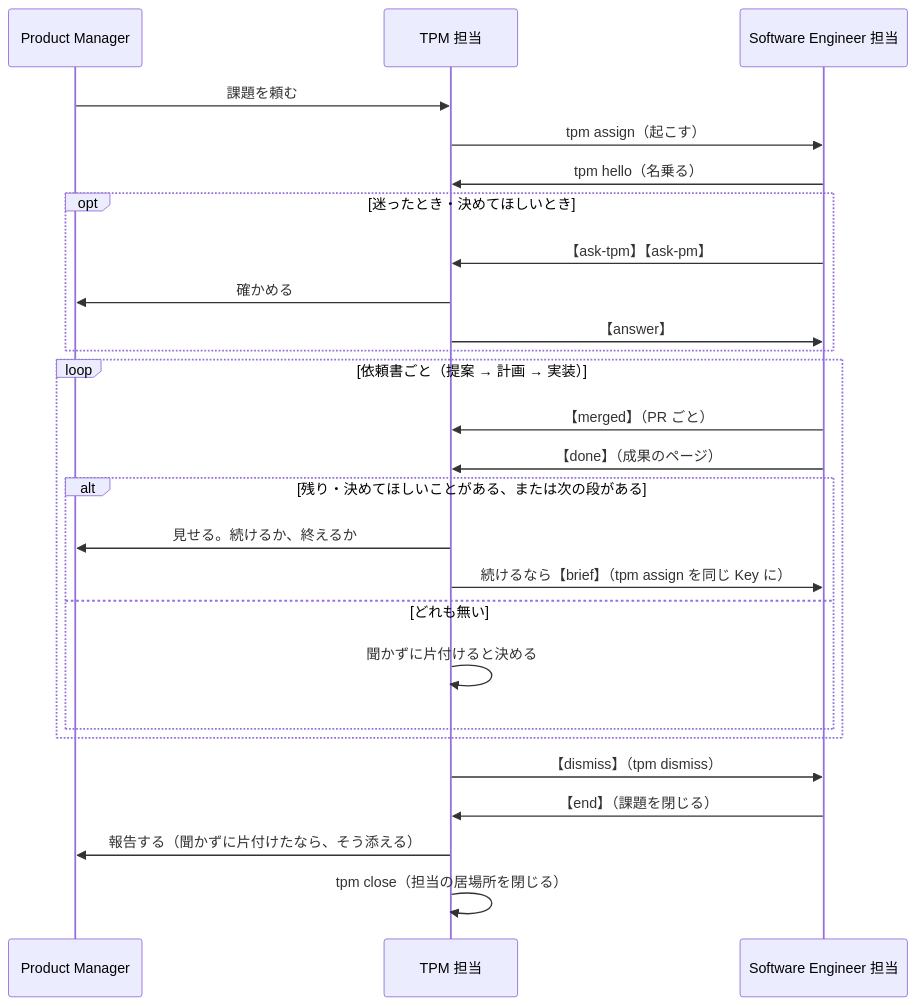
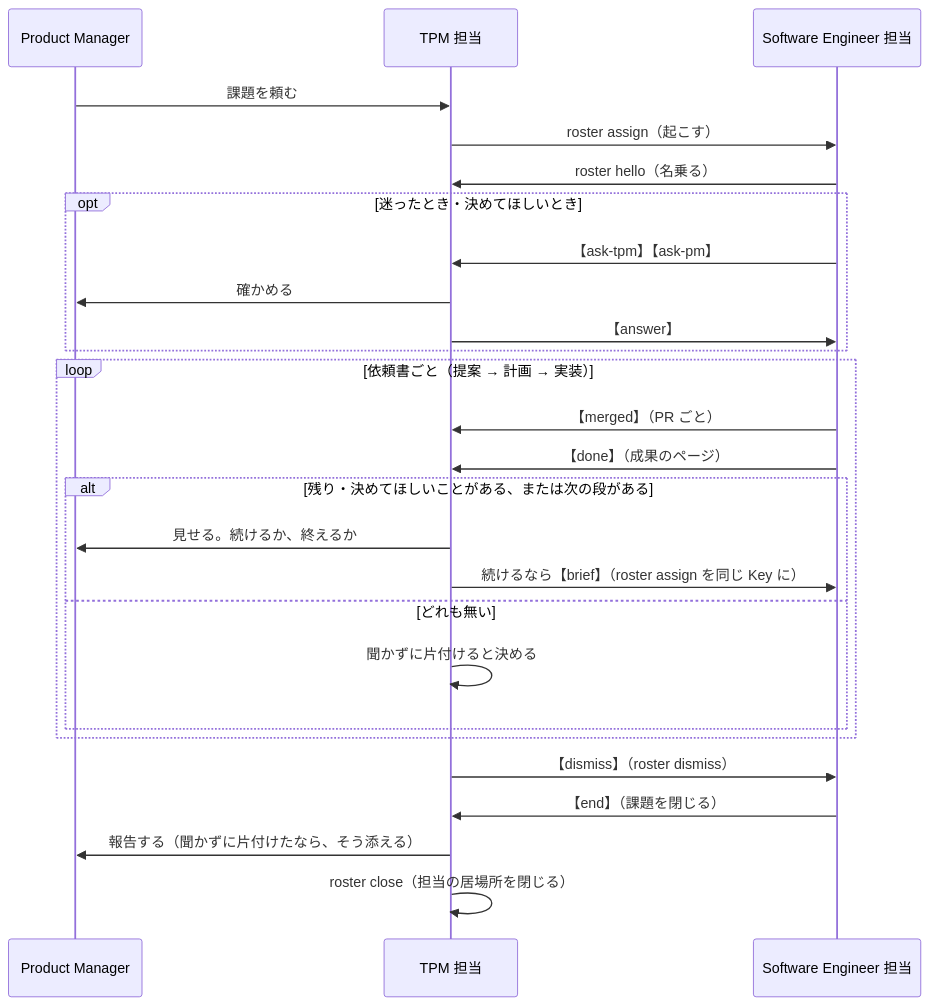
Before and after one commit to uraitakahito/roster: the second of 3 diagrams in docs-site/src/content/docs/protocol.md, drawn with Mermaid. The commit also changed other lines of this file and 110 other files, not shown here.

First line of the commit message:
feat: 道具の名を tpm から roster に替える（t-v28j）

````diff
--- a/docs-site/src/content/docs/protocol.md
+++ b/docs-site/src/content/docs/protocol.md
@@ -176,28 +176,28 @@
 ```mermaid
 sequenceDiagram
   participant PM as Product Manager
   participant TPM as TPM 担当
   participant SE as Software Engineer 担当
   PM->>TPM: 課題を頼む
-  TPM->>SE: tpm assign（起こす）
-  SE->>TPM: tpm hello（名乗る）
+  TPM->>SE: roster assign（起こす）
+  SE->>TPM: roster hello（名乗る）
   opt 迷ったとき・決めてほしいとき
     SE->>TPM: 【ask-tpm】【ask-pm】
     TPM->>PM: 確かめる
     TPM->>SE: 【answer】
   end
   loop 依頼書ごと（提案 → 計画 → 実装）
     SE->>TPM: 【merged】（PR ごと）
     SE->>TPM: 【done】（成果のページ）
     alt 残り・決めてほしいことがある、または次の段がある
       TPM->>PM: 見せる。続けるか、終えるか
-      TPM->>SE: 続けるなら【brief】（tpm assign を同じ Key に）
+      TPM->>SE: 続けるなら【brief】（roster assign を同じ Key に）
     else どれも無い
       TPM->>TPM: 聞かずに片付けると決める
     end
   end
-  TPM->>SE: 【dismiss】（tpm dismiss）
+  TPM->>SE: 【dismiss】（roster dismiss）
   SE->>TPM: 【end】（課題を閉じる）
   TPM->>PM: 報告する（聞かずに片付けたなら、そう添える）
-  TPM->>TPM: tpm close（担当の居場所を閉じる）
+  TPM->>TPM: roster close（担当の居場所を閉じる）
 ```
````
